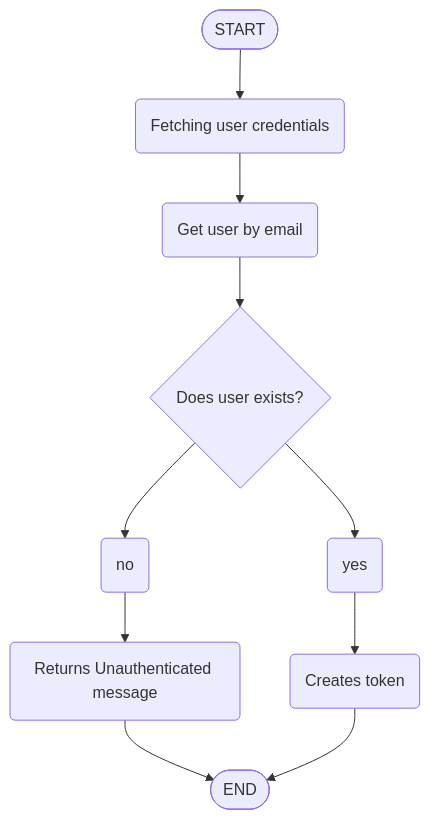
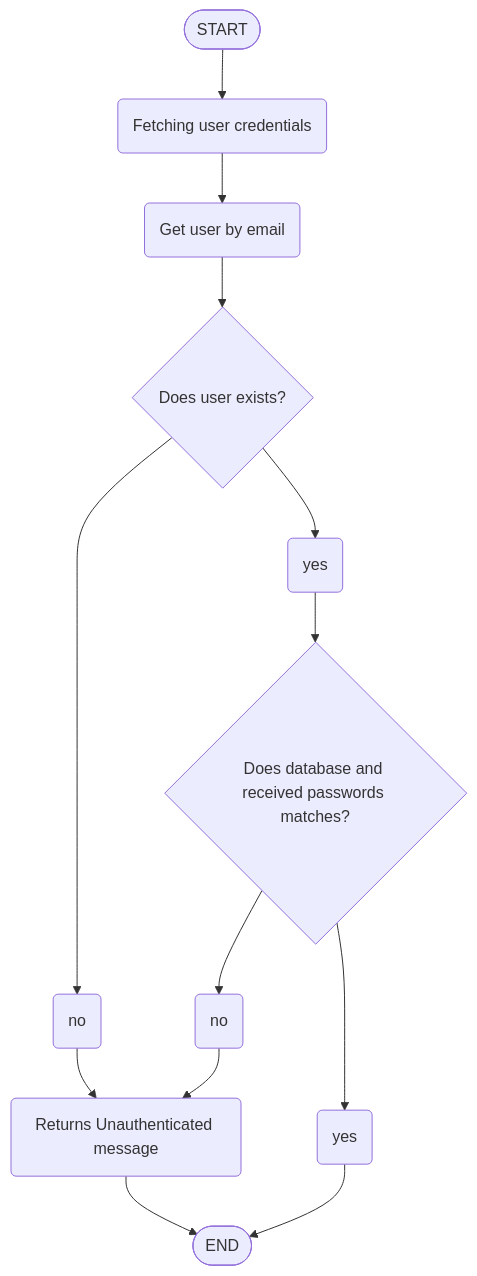
Before and after one commit to ripterdust/SchoolManagementSystem: the second of 2 diagrams in diagrams/flow/authentication.md, drawn with Mermaid.

Commit message:
Login chart improved

````diff
--- a/diagrams/flow/authentication.md
+++ b/diagrams/flow/authentication.md
@@ -22,12 +22,16 @@
 ```mermaid
 flowchart
     id1([START]) --> id2(Fetching user credentials)
     id2 --> id3(Get user by email)
     id3 --> id4{Does user exists?}
     id4 --> id6(no)
     id6 --> id7(Returns Unauthenticated message)
     id7 --> id9
     id4 --> id5(yes)
-    id5 --> id8(Creates token)
-    id8 --> id9([END])
+    id5 --> id8{Does database and received passwords matches?}
+    id8 --> id10(no)
+    id10 --> id7
+    id8 --> id11(yes)
+    id11 --> id9([END])
+
 ```
````
